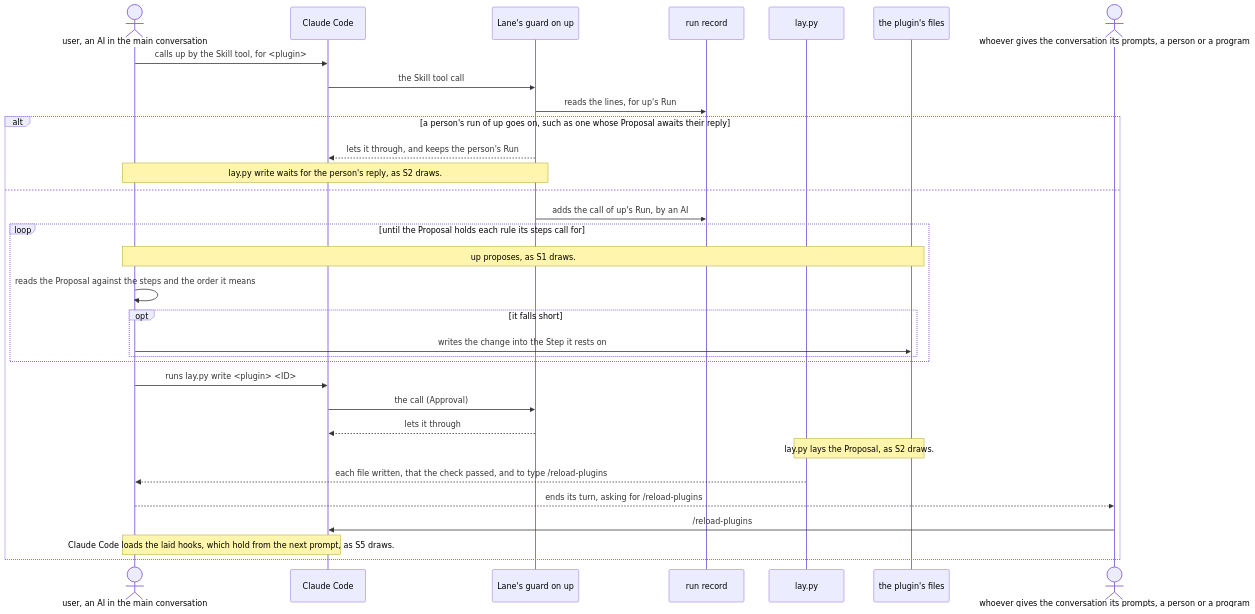
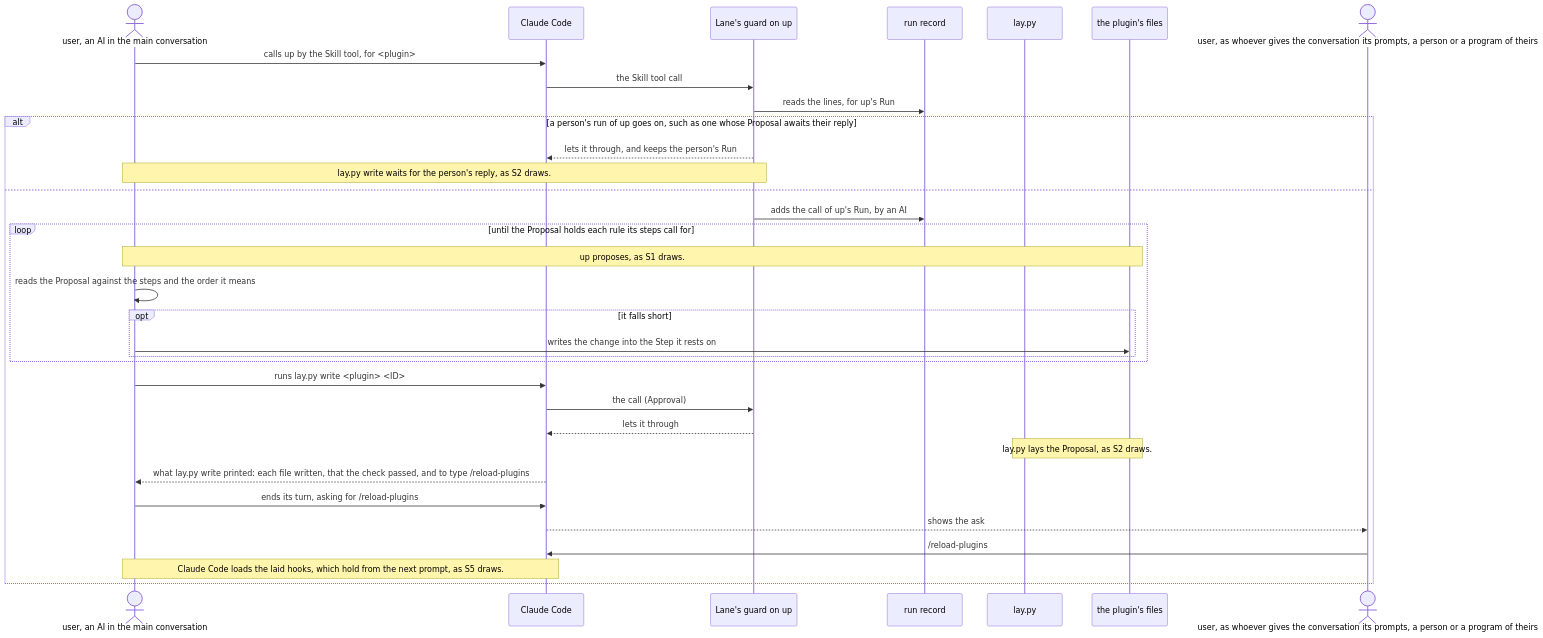
One commit to lovaizu/ccpm changed the third of 7 diagrams in dev/lane/architecture.md. Above: the diagram before and after it, drawn with Mermaid. The commit also changed other lines of this file and 6 other files, not shown here.

````diff
--- a/dev/lane/architecture.md
+++ b/dev/lane/architecture.md
@@ -520,34 +529,35 @@
 ```mermaid
 sequenceDiagram
   actor A as user, an AI in the main conversation
   participant CC as Claude Code
   participant G as Lane's guard on up
   participant RS as run record
   participant L as lay.py
   participant F as the plugin's files
-  actor D as whoever gives the conversation its prompts, a person or a program
+  actor D as user, as whoever gives the conversation its prompts, a person or a program of theirs
   A->>CC: calls up by the Skill tool, for <plugin>
   CC->>G: the Skill tool call
   G->>RS: reads the lines, for up's Run
   alt a person's run of up goes on, such as one whose Proposal awaits their reply
     G-->>CC: lets it through, and keeps the person's Run
     Note over A,G: lay.py write waits for the person's reply, as S2 draws.
   else
     G->>RS: adds the call of up's Run, by an AI
     loop until the Proposal holds each rule its steps call for
       Note over A,F: up proposes, as S1 draws.
       A->>A: reads the Proposal against the steps and the order it means
       opt it falls short
         A->>F: writes the change into the Step it rests on
       end
     end
     A->>CC: runs lay.py write <plugin> <ID>
     CC->>G: the call (Approval)
     G-->>CC: lets it through
     Note over L,F: lay.py lays the Proposal, as S2 draws.
-    L-->>A: each file written, that the check passed, and to type /reload-plugins
-    A-->>D: ends its turn, asking for /reload-plugins
+    CC-->>A: what lay.py write printed: each file written, that the check passed, and to type /reload-plugins
+    A->>CC: ends its turn, asking for /reload-plugins
+    CC-->>D: shows the ask
     D->>CC: /reload-plugins
     Note over A,CC: Claude Code loads the laid hooks, which hold from the next prompt, as S5 draws.
   end
 ```
````
